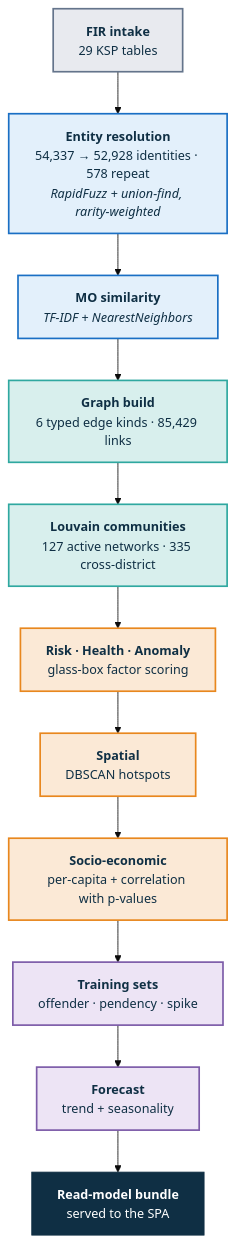
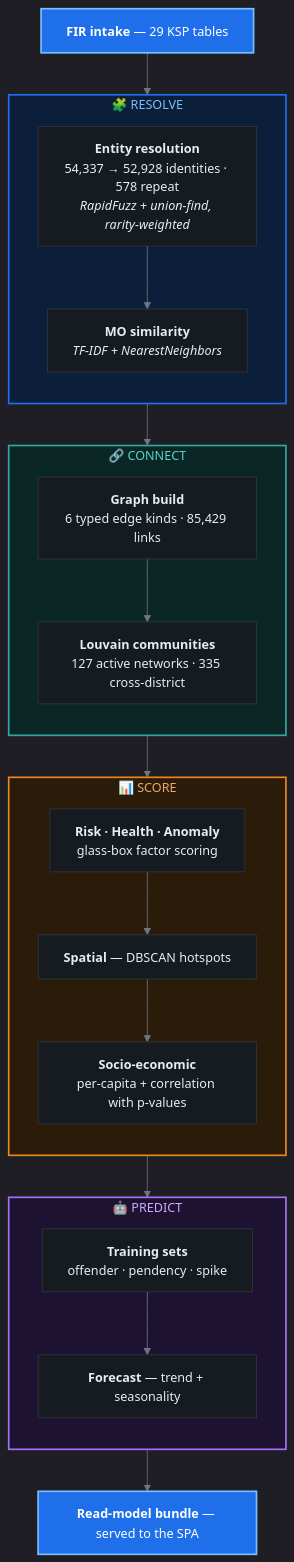
The fifth of 6 diagrams in README.md (adarshcod30/Kadi), drawn with Mermaid before and after one commit. The commit also changed other lines of this file, not shown here.

First line of the commit message:
Restyle the diagrams for a dark page

````diff
--- a/README.md
+++ b/README.md
@@ -575,31 +588,47 @@
 ```mermaid
-%%{init: {'theme':'base','themeVariables':{'fontSize':'15px','fontFamily':'ui-sans-serif, system-ui, sans-serif'}}}%%
+%%{init: {'theme':'dark','themeVariables':{'fontSize':'15px','fontFamily':'ui-sans-serif, system-ui, sans-serif','lineColor':'#6e7681','primaryTextColor':'#e6edf3'}}}%%
 flowchart TD
-    A["<b>FIR intake</b><br/>29 KSP tables"]
-    B["<b>Entity resolution</b><br/>54,337 → 52,928 identities · 578 repeat<br/><i>RapidFuzz + union-find, rarity-weighted</i>"]
-    C["<b>MO similarity</b><br/><i>TF-IDF + NearestNeighbors</i>"]
-    D["<b>Graph build</b><br/>6 typed edge kinds · 85,429 links"]
-    E["<b>Louvain communities</b><br/>127 active networks · 335 cross-district"]
-    F["<b>Risk · Health · Anomaly</b><br/>glass-box factor scoring"]
-    G["<b>Spatial</b><br/>DBSCAN hotspots"]
-    H["<b>Socio-economic</b><br/>per-capita + correlation with p-values"]
-    I["<b>Training sets</b><br/>offender · pendency · spike"]
-    J["<b>Forecast</b><br/>trend + seasonality"]
-    K["<b>Read-model bundle</b><br/>served to the SPA"]
+    A["<b>FIR intake</b> — 29 KSP tables"]
+    subgraph RES["🧩  RESOLVE"]
+        direction TB
+        B["<b>Entity resolution</b><br/>54,337 → 52,928 identities · 578 repeat<br/><i>RapidFuzz + union-find, rarity-weighted</i>"]
+        C["<b>MO similarity</b><br/><i>TF-IDF + NearestNeighbors</i>"]
+        B --> C
+    end
+    subgraph GR["🔗  CONNECT"]
+        direction TB
+        E1["<b>Graph build</b><br/>6 typed edge kinds · 85,429 links"]
+        E2["<b>Louvain communities</b><br/>127 active networks · 335 cross-district"]
+        E1 --> E2
+    end
+    subgraph SC["📊  SCORE"]
+        direction TB
+        F["<b>Risk · Health · Anomaly</b><br/>glass-box factor scoring"]
+        G["<b>Spatial</b> — DBSCAN hotspots"]
+        H["<b>Socio-economic</b><br/>per-capita + correlation with p-values"]
+        F --> G --> H
+    end
+    subgraph ML["🤖  PREDICT"]
+        direction TB
+        I["<b>Training sets</b><br/>offender · pendency · spike"]
+        J["<b>Forecast</b> — trend + seasonality"]
+        I --> J
+    end
+    K["<b>Read-model bundle</b> — served to the SPA"]
 
-    A --> B --> C --> D --> E --> F --> G --> H --> I --> J --> K
+    A --> B
+    C --> E1
+    E2 --> F
+    H --> I
+    J --> K
 
-    classDef ingest  fill:#E8EAEF,stroke:#64748B,stroke-width:2px,color:#0F2F44
-    classDef resolve fill:#E3F0FB,stroke:#1A6FC4,stroke-width:2px,color:#0F2F44
-    classDef network fill:#D8EFED,stroke:#2FA8A0,stroke-width:2px,color:#0F2F44
-    classDef score   fill:#FBE9D6,stroke:#E8871E,stroke-width:2px,color:#0F2F44
-    classDef model   fill:#EDE4F5,stroke:#7C5BA8,stroke-width:2px,color:#0F2F44
-    classDef out     fill:#0F2F44,stroke:#0F2F44,color:#FFFFFF
+    classDef box fill:#161b22,stroke:#30363d,stroke-width:1px,color:#e6edf3
+    classDef key fill:#1f6feb,stroke:#79c0ff,stroke-width:2px,color:#ffffff
+    class B,C,E1,E2,F,G,H,I,J box
+    class A,K key
 
-    class A ingest
-    class B,C resolve
-    class D,E network
-    class F,G,H score
-    class I,J model
-    class K out
+    style RES fill:#0b1f3a,stroke:#1f6feb,stroke-width:2px,color:#79c0ff
+    style GR  fill:#0a2725,stroke:#2FA8A0,stroke-width:2px,color:#56d4cc
+    style SC  fill:#2b1b09,stroke:#E8871E,stroke-width:2px,color:#f0a868
+    style ML  fill:#1e1233,stroke:#a371f7,stroke-width:2px,color:#d2a8ff
 ```
````
